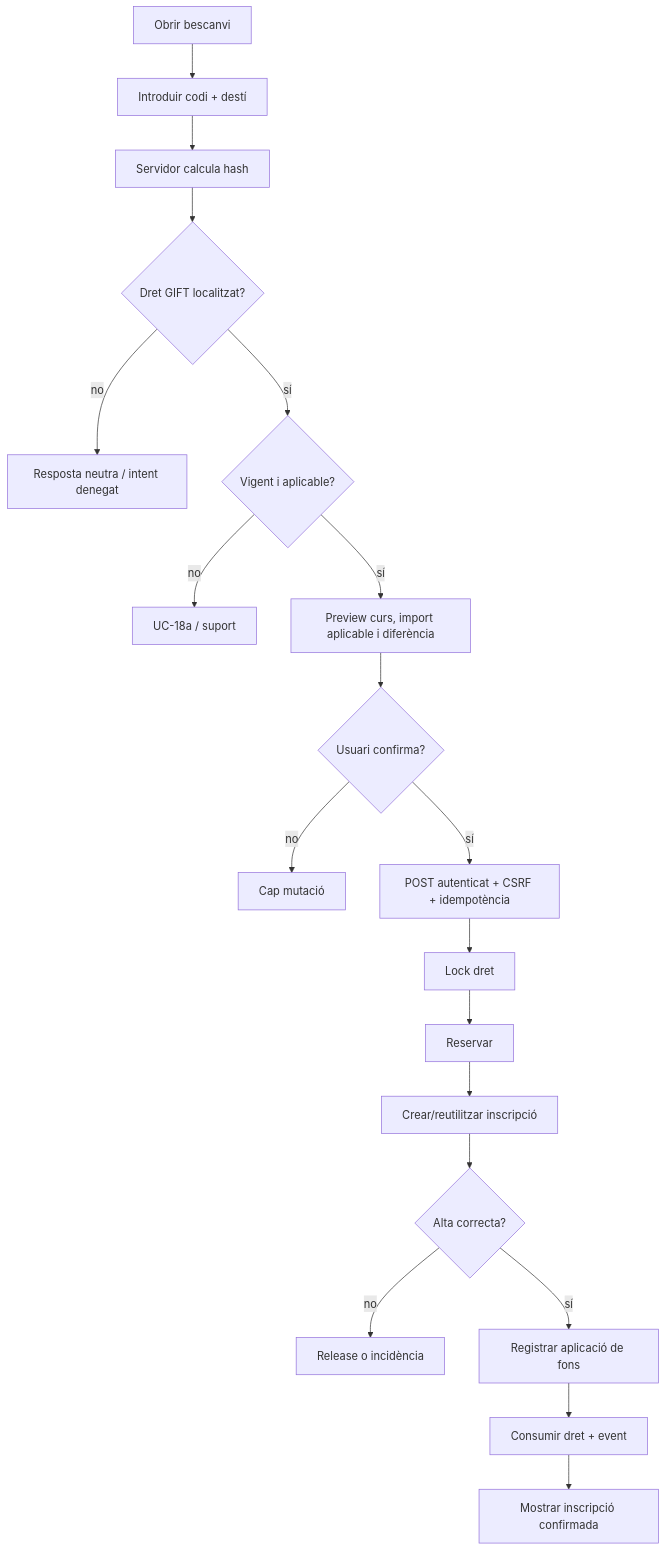
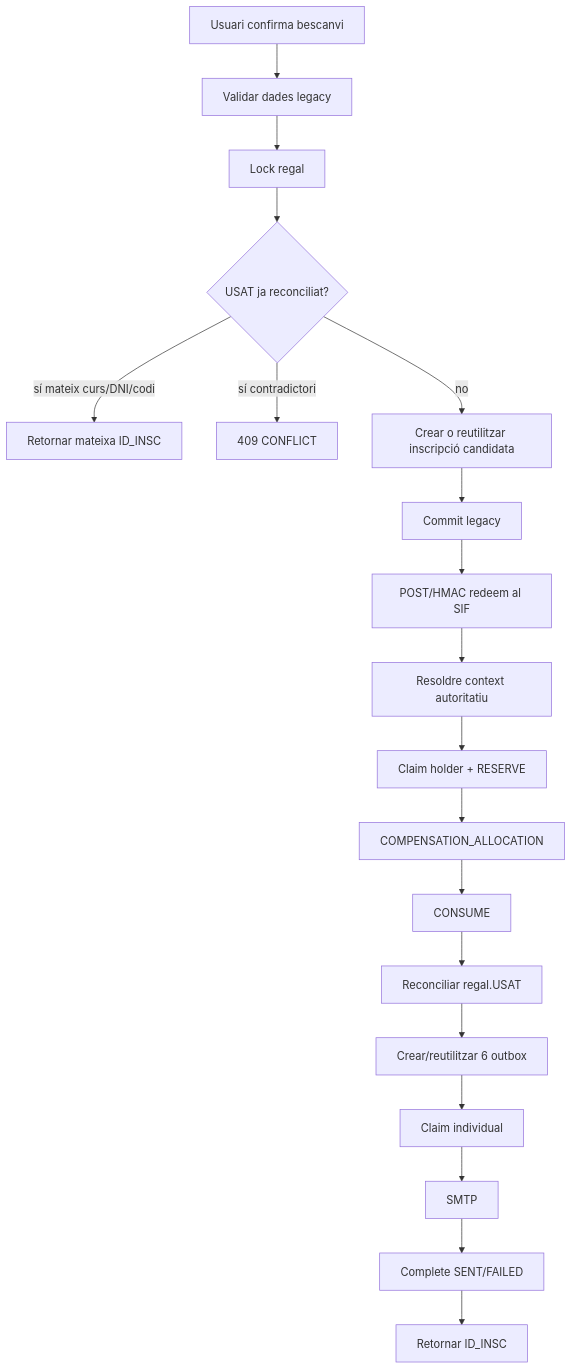
The first of 2 diagrams in documentacio/07-uml-integrat/uc-018-activitats-pagines-bescanvi-regal-actual-final.md (orgmeriemprismacat-del/verifactu), drawn with Mermaid before and after one commit. The commit also changed other lines of this file, not shown here.

Commit message:
docs(UC-018): reconciliar uc-018-activitats-pagines-bescanvi-regal-actual-final.md amb implementació final

````diff
--- a/documentacio/07-uml-integrat/uc-018-activitats-pagines-bescanvi-regal-actual-final.md
+++ b/documentacio/07-uml-integrat/uc-018-activitats-pagines-bescanvi-regal-actual-final.md
@@ -22,21 +17,21 @@
 ```mermaid
 flowchart TD
-  A[Obrir bescanvi] --> B[Introduir codi + destí]
-  B --> C[Servidor calcula hash]
-  C --> D{Dret GIFT localitzat?}
-  D -- no --> X[Resposta neutra / intent denegat]
-  D -- sí --> E{Vigent i aplicable?}
-  E -- no --> Y[UC-18a / suport]
-  E -- sí --> F[Preview curs, import aplicable i diferència]
-  F --> G{Usuari confirma?}
-  G -- no --> H[Cap mutació]
-  G -- sí --> I[POST autenticat + CSRF + idempotència]
-  I --> J[Lock dret]
-  J --> K[Reservar]
-  K --> L[Crear/reutilitzar inscripció]
-  L --> M{Alta correcta?}
-  M -- no --> N[Release o incidència]
-  M -- sí --> O[Registrar aplicació de fons]
-  O --> P[Consumir dret + event]
-  P --> Q[Mostrar inscripció confirmada]
+A[Usuari confirma bescanvi] --> B[Validar dades legacy]
+B --> C[Lock regal]
+C --> D{USAT ja reconciliat?}
+D -- sí mateix curs/DNI/codi --> E[Retornar mateixa ID_INSC]
+D -- sí contradictori --> X[409 CONFLICT]
+D -- no --> F[Crear o reutilitzar inscripció candidata]
+F --> G[Commit legacy]
+G --> H[POST/HMAC redeem al SIF]
+H --> I[Resoldre context autoritatiu]
+I --> J[Claim holder + RESERVE]
+J --> K[COMPENSATION_ALLOCATION]
+K --> L[CONSUME]
+L --> M[Reconciliar regal.USAT]
+M --> N[Crear/reutilitzar 6 outbox]
+N --> O[Claim individual]
+O --> P[SMTP]
+P --> Q[Complete SENT/FAILED]
+Q --> R[Retornar ID_INSC]
 ```
````
